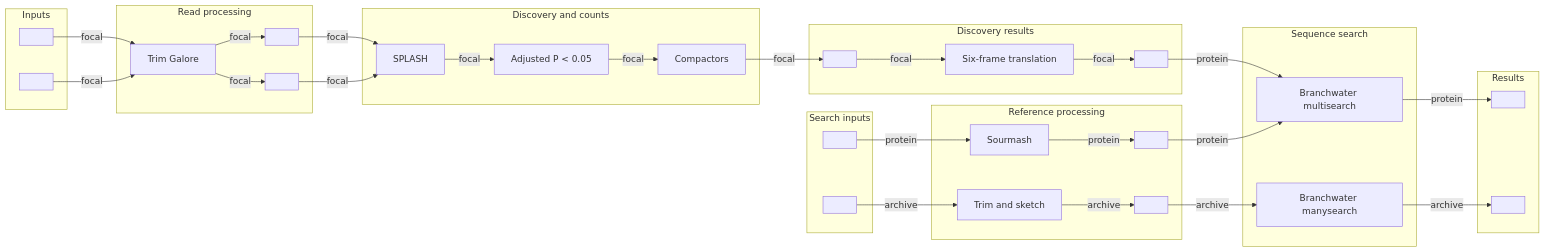
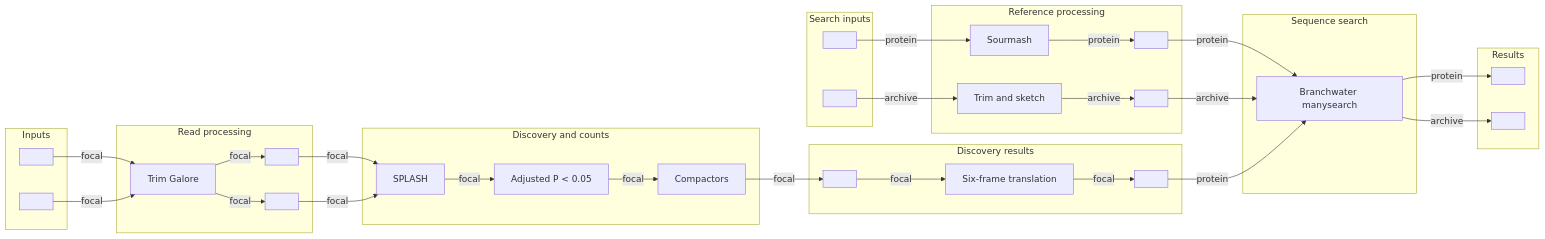
Before and after one commit to seanome/2024-kmerseek-analysis: the diagram in reports/botryllus-shazam/metro/workflow-overview.mmd, drawn with Mermaid. The commit also changed 16 other files, not shown here.

First line of the commit message:
Use Branchwater manysearch for both protein references and SRA

```diff
--- a/reports/botryllus-shazam/metro/workflow-overview.mmd
+++ b/reports/botryllus-shazam/metro/workflow-overview.mmd
@@ -1,85 +1,85 @@
 %%metro title: Botryllus — from RNA-seq reads to sequence evidence
 %%metro style: seqera
 %%metro legend: tl
 %%metro line: focal | Botryllus SPLASH | #0072B2
 %%metro line: protein | Protein search | #8A4298
 %%metro line: archive | Public SRA occurrence | #D55E00 | dashed
 %%metro grid: inputs | 0,0
 %%metro grid: processing | 1,0
 %%metro grid: discovery | 2,0
 %%metro grid: results | 3,0
 %%metro grid: references | 0,1
 %%metro grid: sketching | 1,1
 %%metro grid: retrieval | 2,1
 %%metro grid: matches | 3,1
 %%metro file: raw1 | FASTQ.gz | Experiment R1
 %%metro file: raw2 | FASTQ.gz | Experiment R2
 %%metro file: trimmed1 | FQ.gz | Trimmed R1
 %%metro file: trimmed2 | FQ.gz | Trimmed R2
 %%metro file: dna | FASTA | DNA extensions
 %%metro file: peptide | FASTA | Peptides
 %%metro file: swiss | FASTA.gz | Swiss-Prot proteins
 %%metro file: publicreads | FASTQ.gz | Public SRA reads
 %%metro file: refsigs | SIG.zip | Protein signatures
 %%metro file: runsigs | SIG.zip | Run signatures
 %%metro file: proteinscsv | CSV | Protein matches
 %%metro file: occurrencecsv | CSV | Run occurrences
 
 graph LR
  subgraph inputs [Inputs]
   raw1[ ]
   raw2[ ]
  end
  subgraph processing [Read processing]
   trim[Trim Galore]
   trimmed1[ ]
   trimmed2[ ]
   trim -->|focal| trimmed1
   trim -->|focal| trimmed2
  end
  subgraph discovery [Discovery and counts]
   splash[SPLASH]
   select[Adjusted P < 0.05]
   extend[Compactors]
   splash -->|focal| select
   select -->|focal| extend
  end
  subgraph results [Discovery results]
   dna[ ]
   translate[Six-frame translation]
   peptide[ ]
   dna -->|focal| translate
   translate -->|focal| peptide
  end
  subgraph references [Search inputs]
   swiss[ ]
   publicreads[ ]
  end
  subgraph sketching [Reference processing]
   refsketch[Sourmash]
   refsigs[ ]
   pubtrim[Trim and sketch]
   runsigs[ ]
   refsketch -->|protein| refsigs
   pubtrim -->|archive| runsigs
  end
  subgraph retrieval [Sequence search]
-  multisearch[Branchwater multisearch]
+  manysearch[Branchwater manysearch]
   manysearch[Branchwater manysearch]
  end
  subgraph matches [Results]
   proteinscsv[ ]
   occurrencecsv[ ]
  end
  raw1 -->|focal| trim
  raw2 -->|focal| trim
  trimmed1 -->|focal| splash
  trimmed2 -->|focal| splash
  extend -->|focal| dna
  swiss -->|protein| refsketch
  publicreads -->|archive| pubtrim
- refsigs -->|protein| multisearch
+ refsigs -->|protein| manysearch
  runsigs -->|archive| manysearch
- multisearch -->|protein| proteinscsv
- peptide -->|protein| multisearch
+ manysearch -->|protein| proteinscsv
+ peptide -->|protein| manysearch
  manysearch -->|archive| occurrencecsv
```
